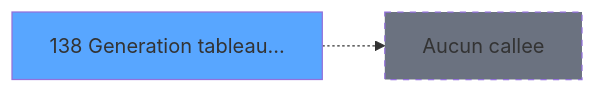
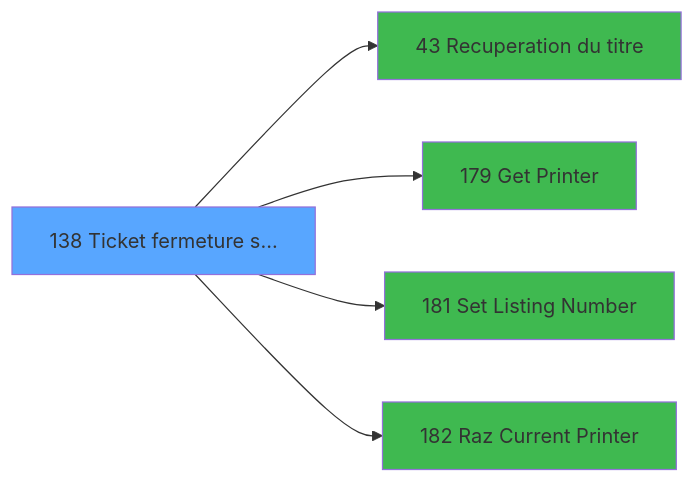
The third of 3 diagrams in .openspec/specs/ADH-IDE-138.md (thonyAGP/lecteur-magic), drawn with Mermaid before and after one commit. The commit also changed other lines of this file and 493 other files, not shown here.

````diff
--- a/.openspec/specs/ADH-IDE-138.md
+++ b/.openspec/specs/ADH-IDE-138.md
@@ -305,8 +394,17 @@
 ```mermaid
 graph LR
-    T138[138 Generation tableau...]
+    T138[138 Ticket fermeture s...]
     style T138 fill:#58a6ff
-    NONE[Aucun callee]
-    T138 -.-> NONE
-    style NONE fill:#6b7280,stroke-dasharray: 5 5
+    C43[43 Recuperation du titre]
+    T138 --> C43
+    style C43 fill:#3fb950
+    C179[179 Get Printer]
+    T138 --> C179
+    style C179 fill:#3fb950
+    C181[181 Set Listing Number]
+    T138 --> C181
+    style C181 fill:#3fb950
+    C182[182 Raz Current Printer]
+    T138 --> C182
+    style C182 fill:#3fb950
 ```
````
